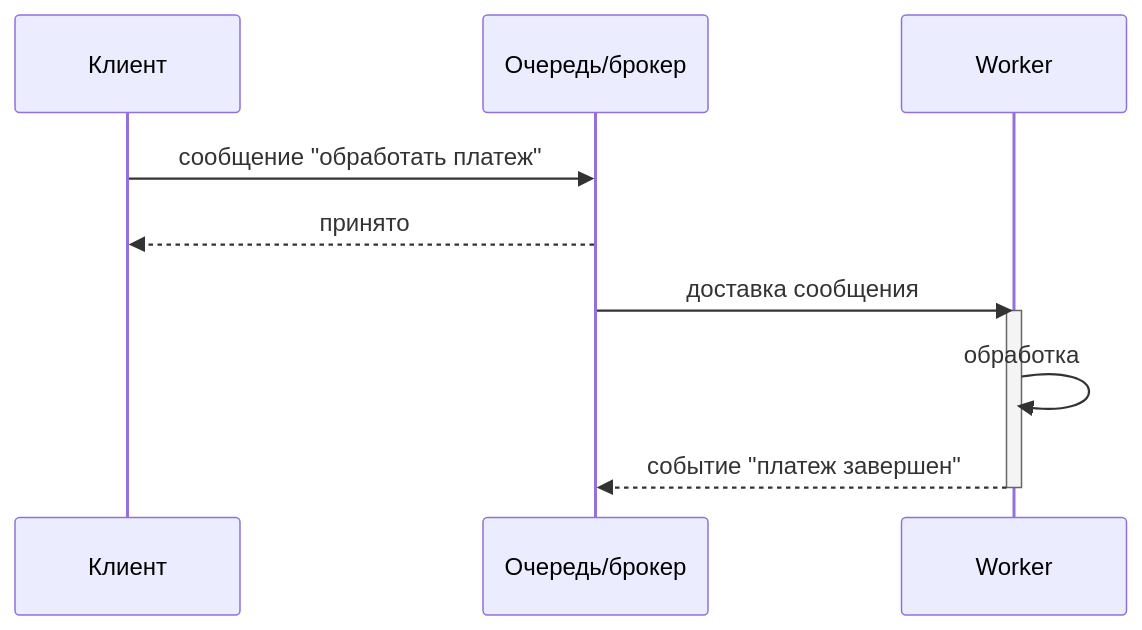
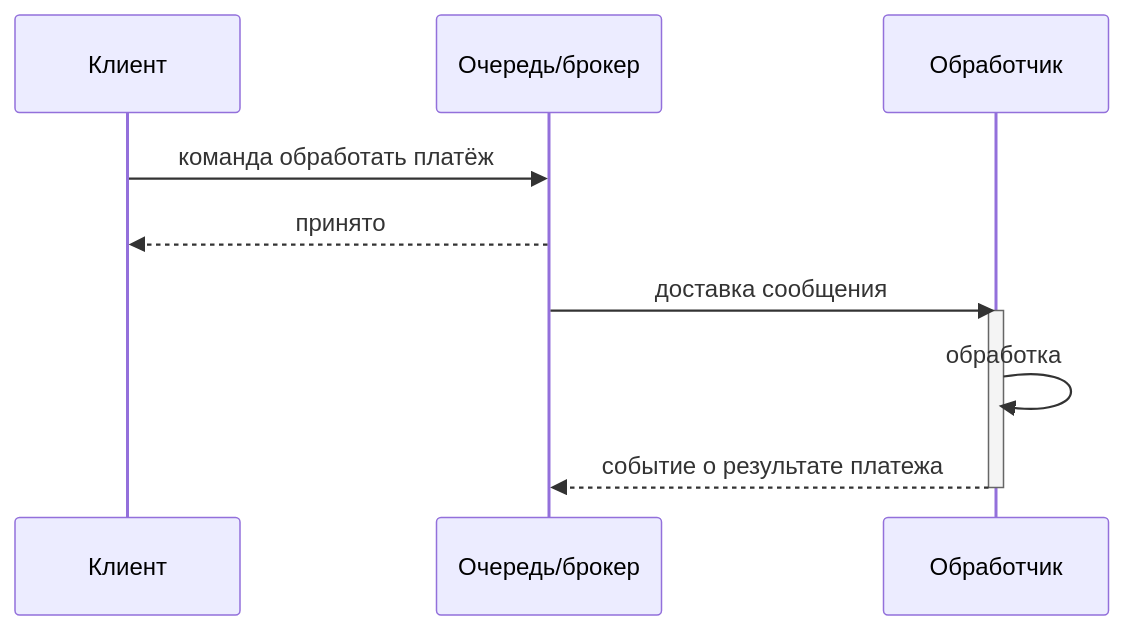
Before and after one commit to Kert0n/KPO: the third of 10 diagrams in content/lectures/Lec10/vitepress.md, drawn with Mermaid. The commit also changed other lines of this file, not shown here.

````diff
--- a/content/lectures/Lec10/vitepress.md
+++ b/content/lectures/Lec10/vitepress.md
@@ -164,13 +96,13 @@
 ```mermaid
 sequenceDiagram
     participant Client as Клиент
     participant Bus as Очередь/брокер
-    participant Worker as Worker
-    Client->>Bus: сообщение "обработать платеж"
+    participant Worker as Обработчик
+    Client->>Bus: команда обработать платёж
     Bus-->>Client: принято
     Bus->>Worker: доставка сообщения
     activate Worker
     Worker->>Worker: обработка
-    Worker-->>Bus: событие "платеж завершен"
+    Worker-->>Bus: событие о результате платежа
     deactivate Worker
 ```
````
